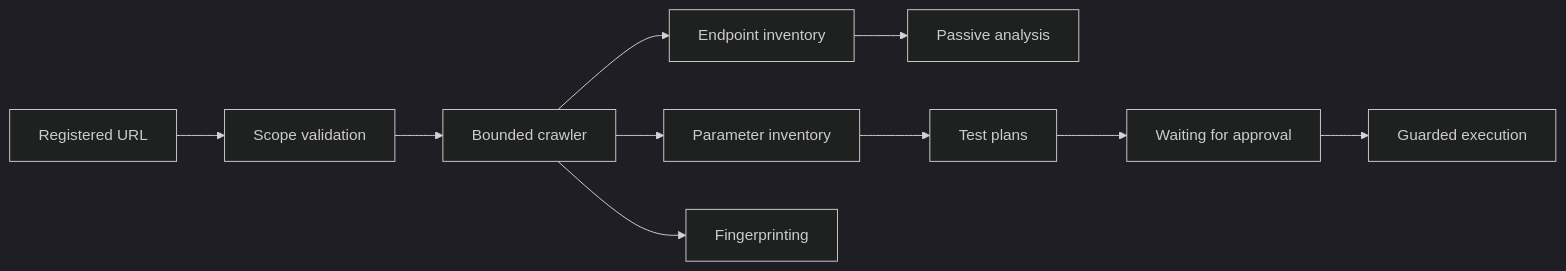
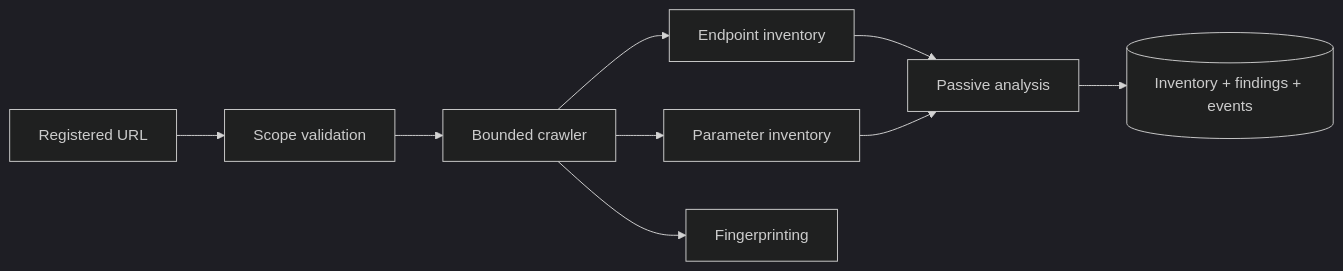
One commit to MintKangaroo/WebHacking_Lab changed the second of 4 diagrams in docs/ARCHITECTURE.md. Above: the diagram before and after it, drawn with Mermaid (dark theme). The commit also changed other lines of this file and 11 other files, not shown here.

````diff
--- a/docs/ARCHITECTURE.md
+++ b/docs/ARCHITECTURE.md
@@ -67,12 +68,11 @@
 ```mermaid
 flowchart LR
     U[Registered URL] --> S[Scope validation]
     S --> C[Bounded crawler]
     C --> E[Endpoint inventory]
     C --> P[Parameter inventory]
     C --> F[Fingerprinting]
     E --> PA[Passive analysis]
-    P --> TP[Test plans]
-    TP --> W[Waiting for approval]
-    W --> G[Guarded execution]
+    P --> PA[Passive analysis]
+    PA --> DB[(Inventory + findings + events)]
 ```
````
